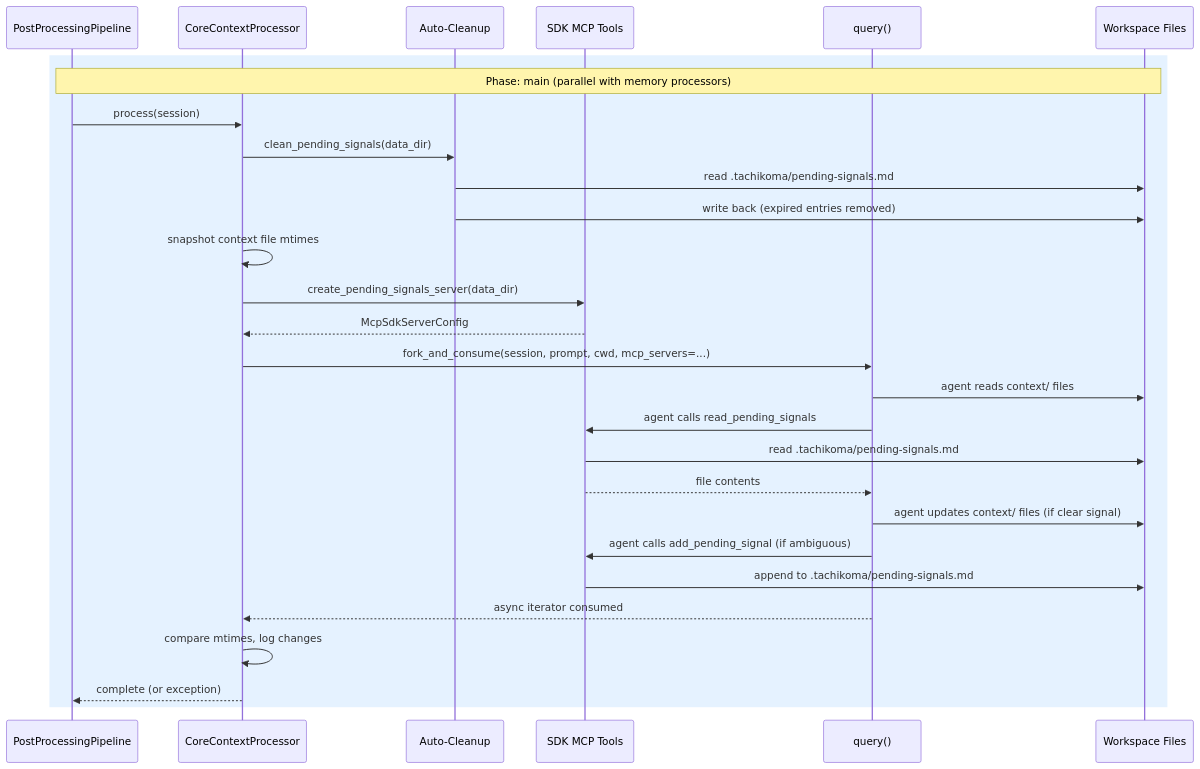
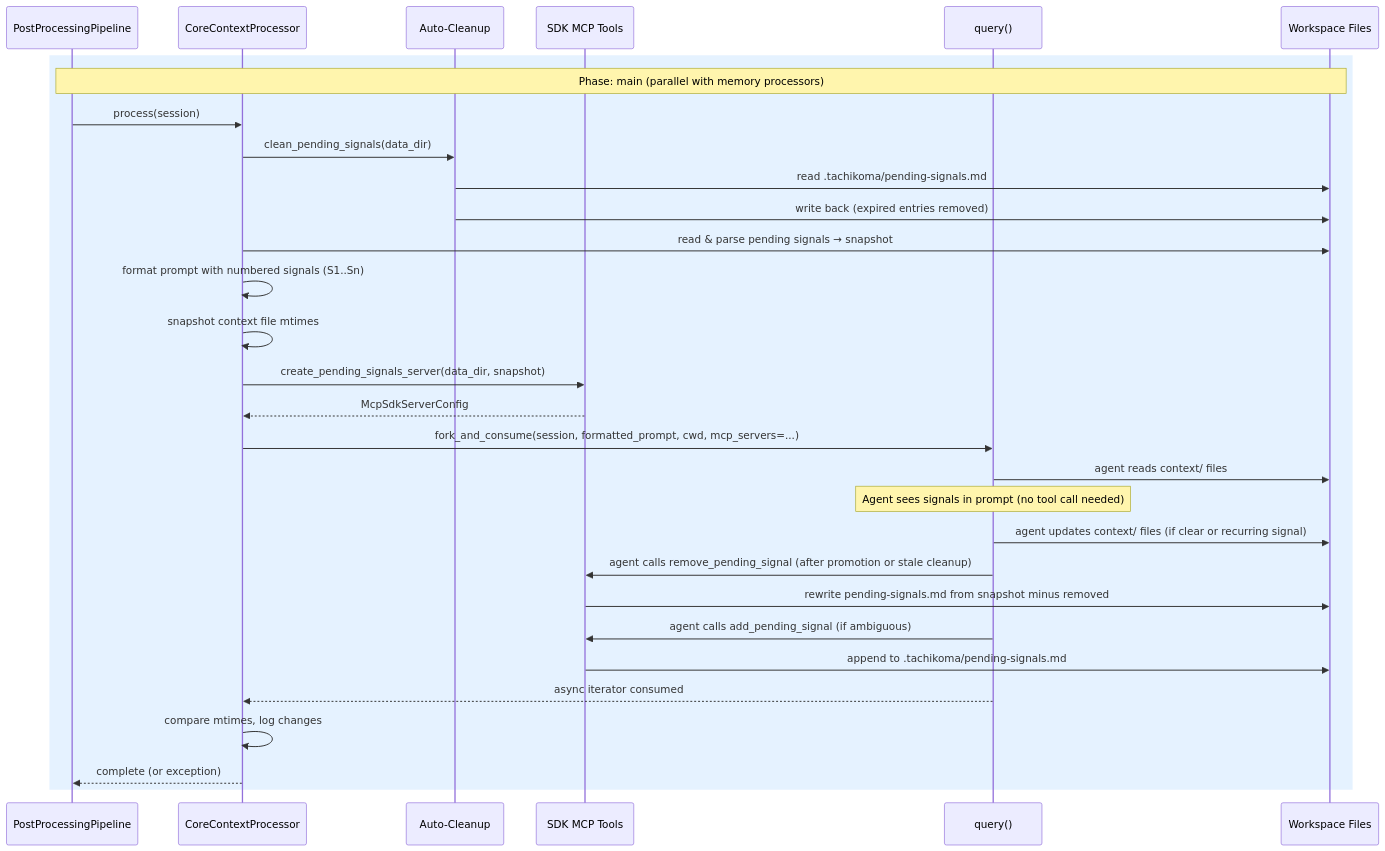
Before and after one commit to asermax/tachikoma: the first of 2 diagrams in docs/feature-designs/agent/core-context-updates.md, drawn with Mermaid. The commit also changed other lines of this file and 3 other files, not shown here.

First line of the commit message:
docs(context): update spec and design for signal auto-injection and index-based removal

````diff
--- a/docs/feature-designs/agent/core-context-updates.md
+++ b/docs/feature-designs/agent/core-context-updates.md
@@ -87,31 +88,33 @@
 ```mermaid
 sequenceDiagram
     participant Pipeline as PostProcessingPipeline
     participant Proc as CoreContextProcessor
     participant Cleanup as Auto-Cleanup
     participant Tools as SDK MCP Tools
     participant SDK as query()
     participant FS as Workspace Files
 
     rect rgba(0, 128, 255, 0.1)
         Note over Pipeline,FS: Phase: main (parallel with memory processors)
         Pipeline->>Proc: process(session)
         Proc->>Cleanup: clean_pending_signals(data_dir)
         Cleanup->>FS: read .tachikoma/pending-signals.md
         Cleanup->>FS: write back (expired entries removed)
+        Proc->>FS: read & parse pending signals → snapshot
+        Proc->>Proc: format prompt with numbered signals (S1..Sn)
         Proc->>Proc: snapshot context file mtimes
-        Proc->>Tools: create_pending_signals_server(data_dir)
+        Proc->>Tools: create_pending_signals_server(data_dir, snapshot)
         Tools-->>Proc: McpSdkServerConfig
-        Proc->>SDK: fork_and_consume(session, prompt, cwd, mcp_servers=...)
+        Proc->>SDK: fork_and_consume(session, formatted_prompt, cwd, mcp_servers=...)
         SDK->>FS: agent reads context/ files
-        SDK->>Tools: agent calls read_pending_signals
-        Tools->>FS: read .tachikoma/pending-signals.md
-        Tools-->>SDK: file contents
-        SDK->>FS: agent updates context/ files (if clear signal)
+        Note over SDK: Agent sees signals in prompt (no tool call needed)
+        SDK->>FS: agent updates context/ files (if clear or recurring signal)
+        SDK->>Tools: agent calls remove_pending_signal (after promotion or stale cleanup)
+        Tools->>FS: rewrite pending-signals.md from snapshot minus removed
         SDK->>Tools: agent calls add_pending_signal (if ambiguous)
         Tools->>FS: append to .tachikoma/pending-signals.md
         SDK-->>Proc: async iterator consumed
         Proc->>Proc: compare mtimes, log changes
         Proc-->>Pipeline: complete (or exception)
     end
 ```
````
